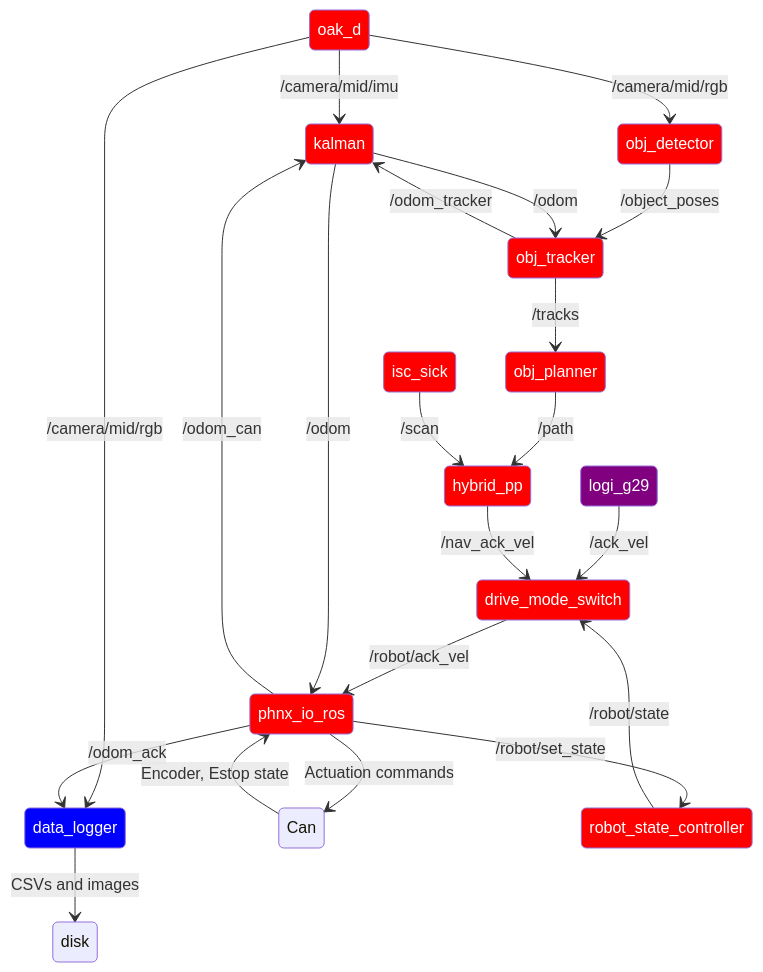
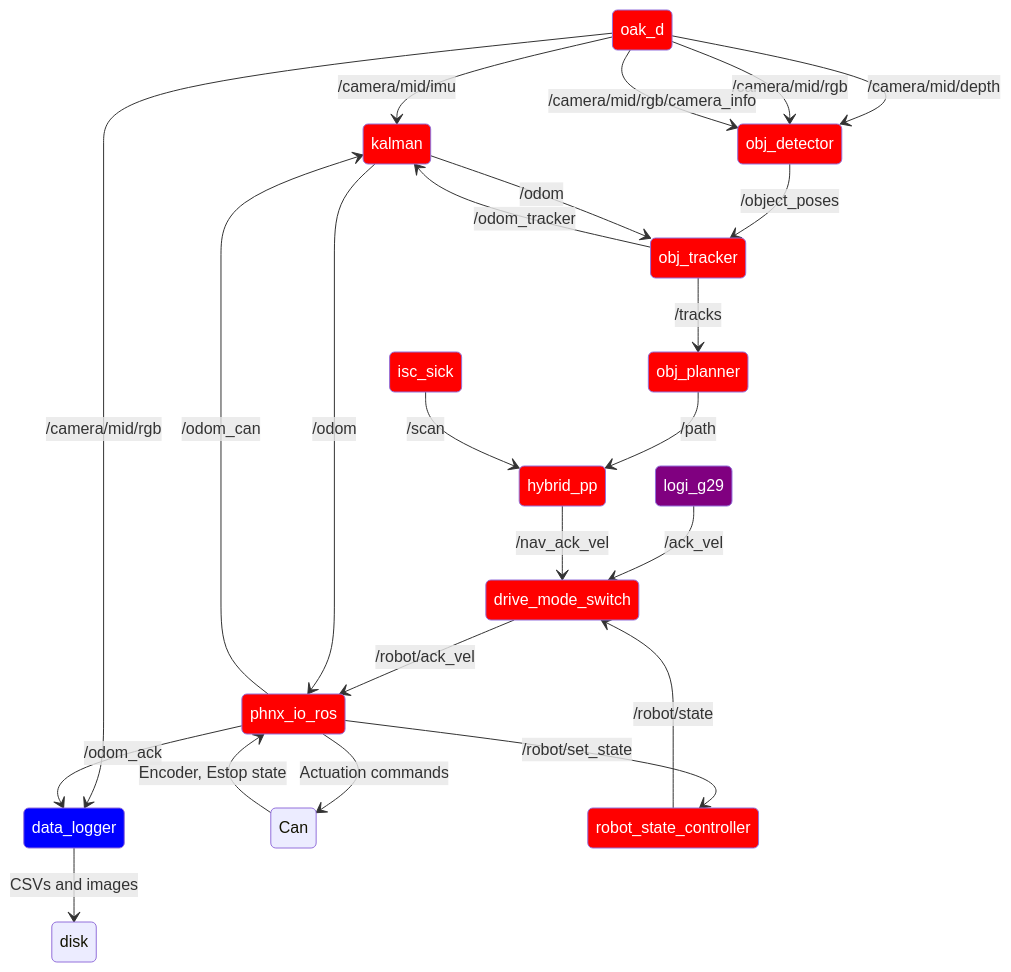
One commit to ISC-Project-Phoenix/design changed the diagram in software/ros/phoenix_robot.md. Above: the diagram before and after it, drawn with Mermaid. The commit also changed 3 other files, not shown here.

````diff
--- a/software/ros/phoenix_robot.md
+++ b/software/ros/phoenix_robot.md
@@ -23,43 +23,45 @@
 ```mermaid
 stateDiagram-v2
     classDef common color:white,fill:red
     classDef data color:white,fill:blue
     classDef prod color:white,fill:black
     classDef util color:white,fill:purple
 
     %% Hardware interfaces
     oak_d:::common --> data_logger:::data: /camera/mid/rgb
     Can --> phnx_io_ros:::common: Encoder, Estop state
     phnx_io_ros:::common --> Can: Actuation commands
     
     %% command controllers
     drive_mode_switch:::common --> phnx_io_ros:::common: /robot/ack_vel
     logi_g29:::util --> drive_mode_switch:::common: /ack_vel
     
     %% state control
     phnx_io_ros:::common --> robot_state_controller:::common: /robot/set_state
     robot_state_controller:::common --> drive_mode_switch:::common: /robot/state
 
     %% logging
     phnx_io_ros:::common --> data_logger:::data: /odom_ack
     data_logger:::data --> disk: CSVs and images
 
     %% Localisation
     phnx_io_ros:::common --> kalman:::common: /odom_can
     oak_d:::common --> kalman:::common: /camera/mid/imu
 
     %% new stuff
+    oak_d:::common --> obj_detector:::common: /camera/mid/depth
     oak_d:::common --> obj_detector:::common: /camera/mid/rgb
+    oak_d:::common --> obj_detector:::common: /camera/mid/rgb/camera_info
     obj_detector:::common --> obj_tracker:::common: /object_poses
 
     kalman:::common --> obj_tracker:::common: /odom
     obj_tracker:::common --> kalman:::common: /odom_tracker
     obj_tracker:::common --> obj_planner:::common: /tracks
 
     obj_planner:::common --> hybrid_pp:::common: /path
     hybrid_pp:::common --> drive_mode_switch: /nav_ack_vel
 
     isc_sick:::common --> hybrid_pp:::common: /scan
 
     kalman:::common --> phnx_io_ros: /odom
 ```
````
